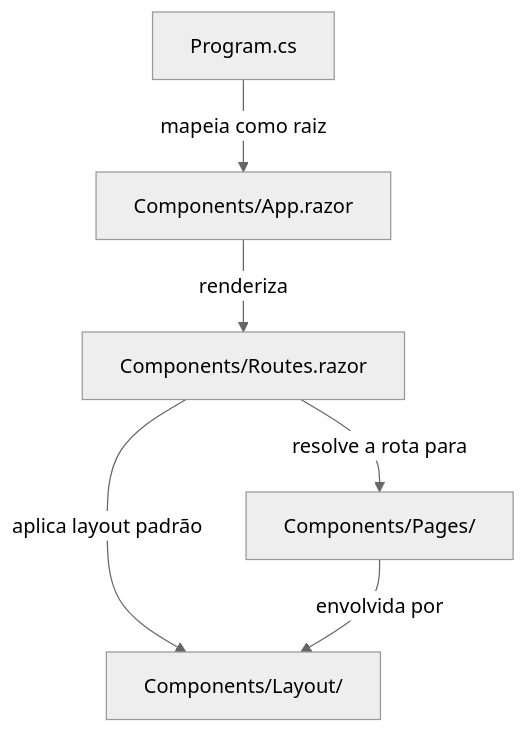
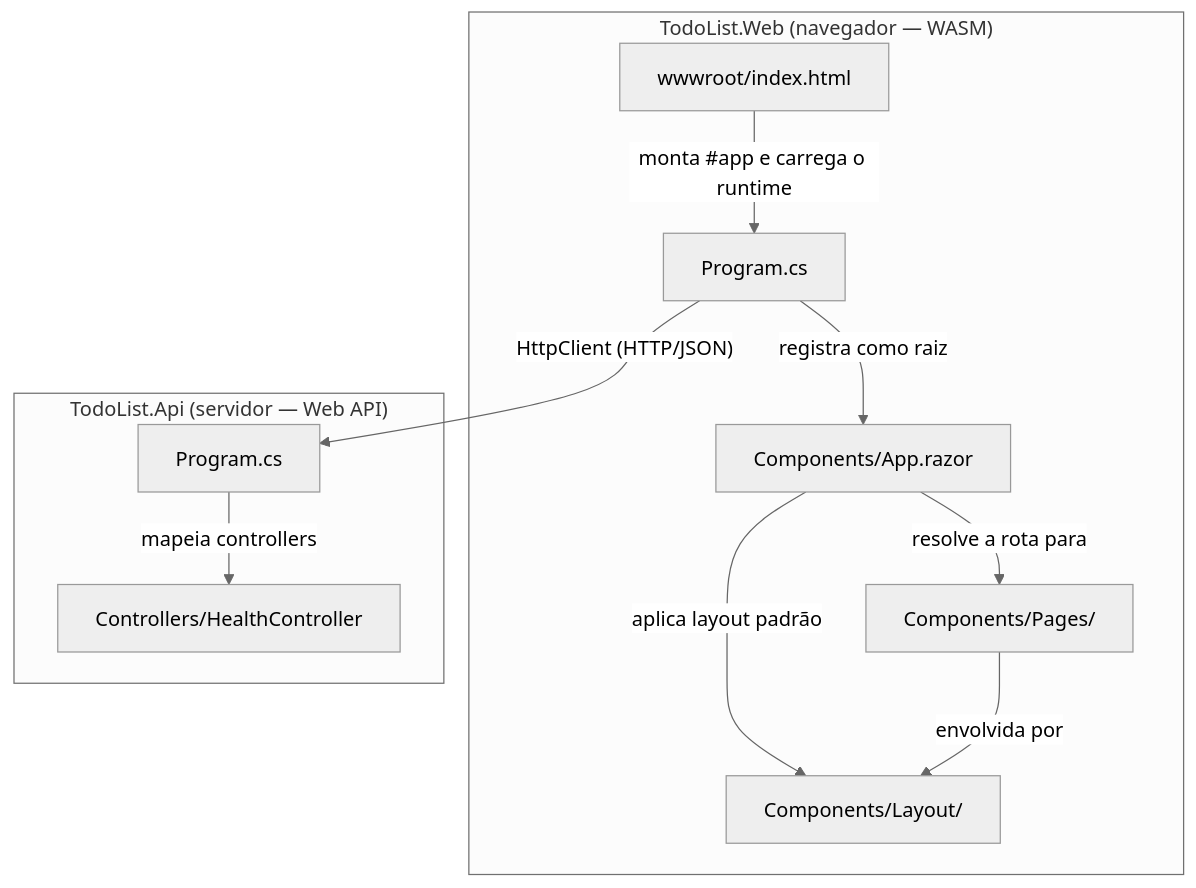
One commit to mfigueireddo/todo-list changed the first of 4 diagrams in docs/DIAGRAMS.md. Above: the diagram before and after it, drawn with Mermaid (neutral theme). The commit also changed other lines of this file and 23 other files, not shown here.

````diff
--- a/docs/DIAGRAMS.md
+++ b/docs/DIAGRAMS.md
@@ -19,14 +21,23 @@
 ```mermaid
 graph TD
-    Program["Program.cs"]
-    App["Components/App.razor"]
-    Routes["Components/Routes.razor"]
-    Layout["Components/Layout/"]
-    Pages["Components/Pages/"]
+    subgraph Web["TodoList.Web (navegador — WASM)"]
+        IndexHtml["wwwroot/index.html"]
+        WebProgram["Program.cs"]
+        App["Components/App.razor"]
+        Layout["Components/Layout/"]
+        Pages["Components/Pages/"]
+    end
 
-    Program -->|"mapeia como raiz"| App
-    App -->|"renderiza"| Routes
-    Routes -->|"aplica layout padrão"| Layout
-    Routes -->|"resolve a rota para"| Pages
+    subgraph Api["TodoList.Api (servidor — Web API)"]
+        ApiProgram["Program.cs"]
+        Health["Controllers/HealthController"]
+    end
+
+    IndexHtml -->|"monta #app e carrega o runtime"| WebProgram
+    WebProgram -->|"registra como raiz"| App
+    App -->|"aplica layout padrão"| Layout
+    App -->|"resolve a rota para"| Pages
     Pages -->|"envolvida por"| Layout
+    WebProgram -->|"HttpClient (HTTP/JSON)"| ApiProgram
+    ApiProgram -->|"mapeia controllers"| Health
 ```
````
